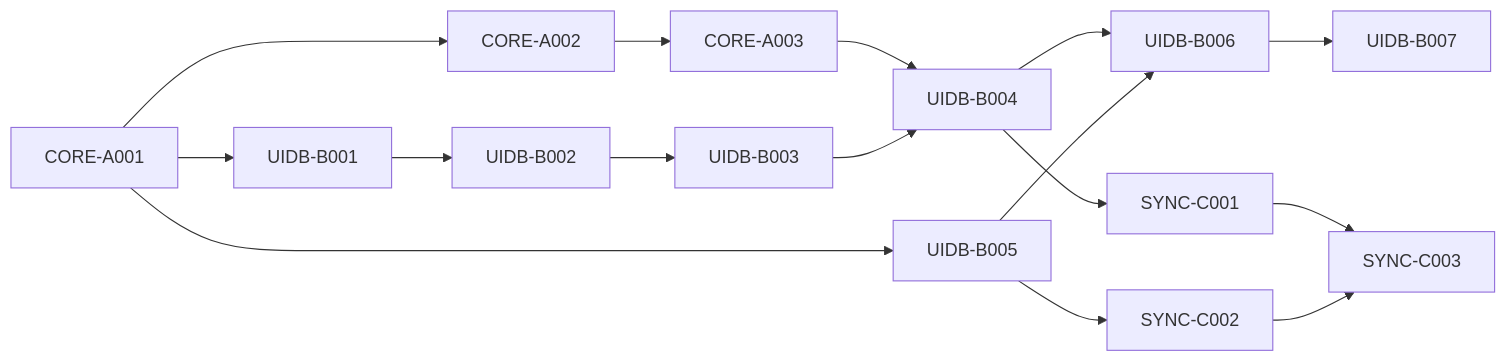
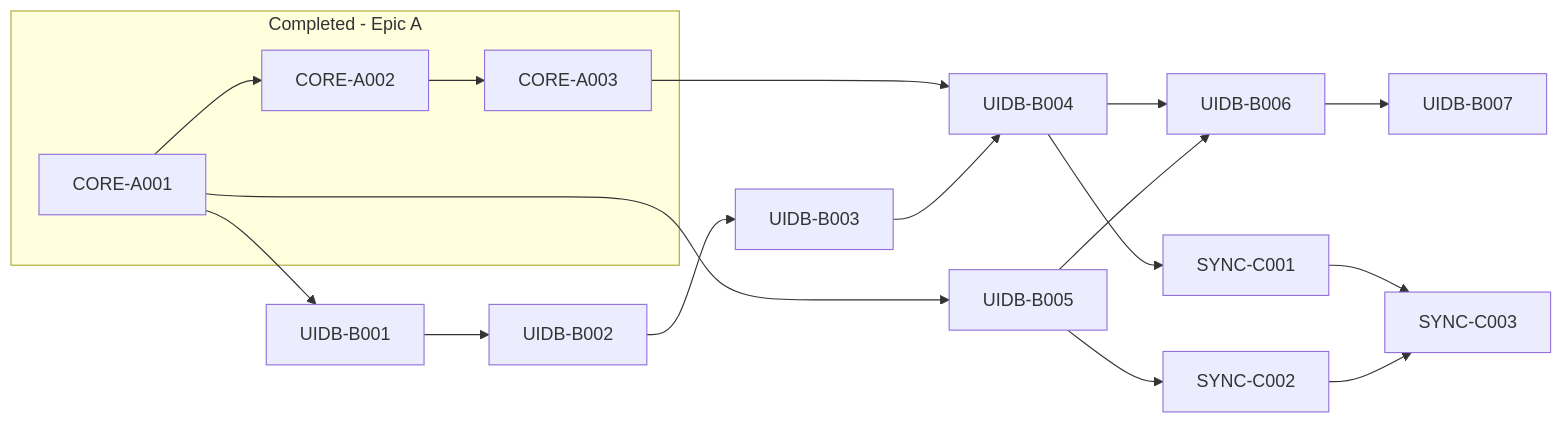
The diagram in .constitution/tasks/critical-path.md (SkrOYC/burlmd), drawn with Mermaid before and after one commit. The commit also changed other lines of this file and 2 other files, not shown here.

Commit message:
chore(epic-a): archive completed Epic A and update tasks constitution

````diff
--- a/.constitution/tasks/critical-path.md
+++ b/.constitution/tasks/critical-path.md
@@ -26,24 +23,26 @@
 ```mermaid
 flowchart LR
-    A001[CORE-A001] --> A002[CORE-A002]
+    subgraph Completed [Completed - Epic A]
+        A001[CORE-A001] --> A002[CORE-A002]
+        A002 --> A003[CORE-A003]
+    end
+
     A001 --> B001[UIDB-B001]
     A001 --> B005[UIDB-B005]
-    
-    A002 --> A003[CORE-A003]
-    
+
     B001 --> B002[UIDB-B002]
     B002 --> B003[UIDB-B003]
-    
+
     A003 --> B004[UIDB-B004]
     B003 --> B004
-    
+
     B004 --> B006[UIDB-B006]
     B005 --> B006
     B006 --> B007[UIDB-B007]
-    
+
     B004 --> C001[SYNC-C001]
     B005 --> C002[SYNC-C002]
-    
+
     C001 --> C003[SYNC-C003]
     C002 --> C003
 ```
````
